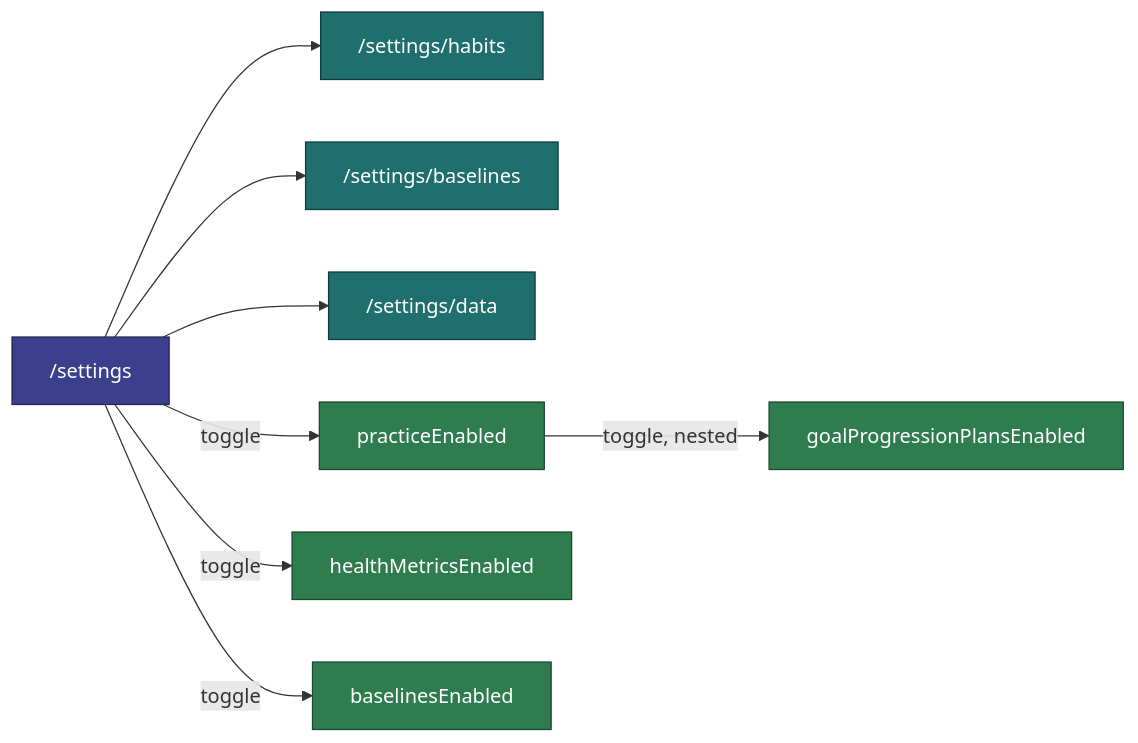
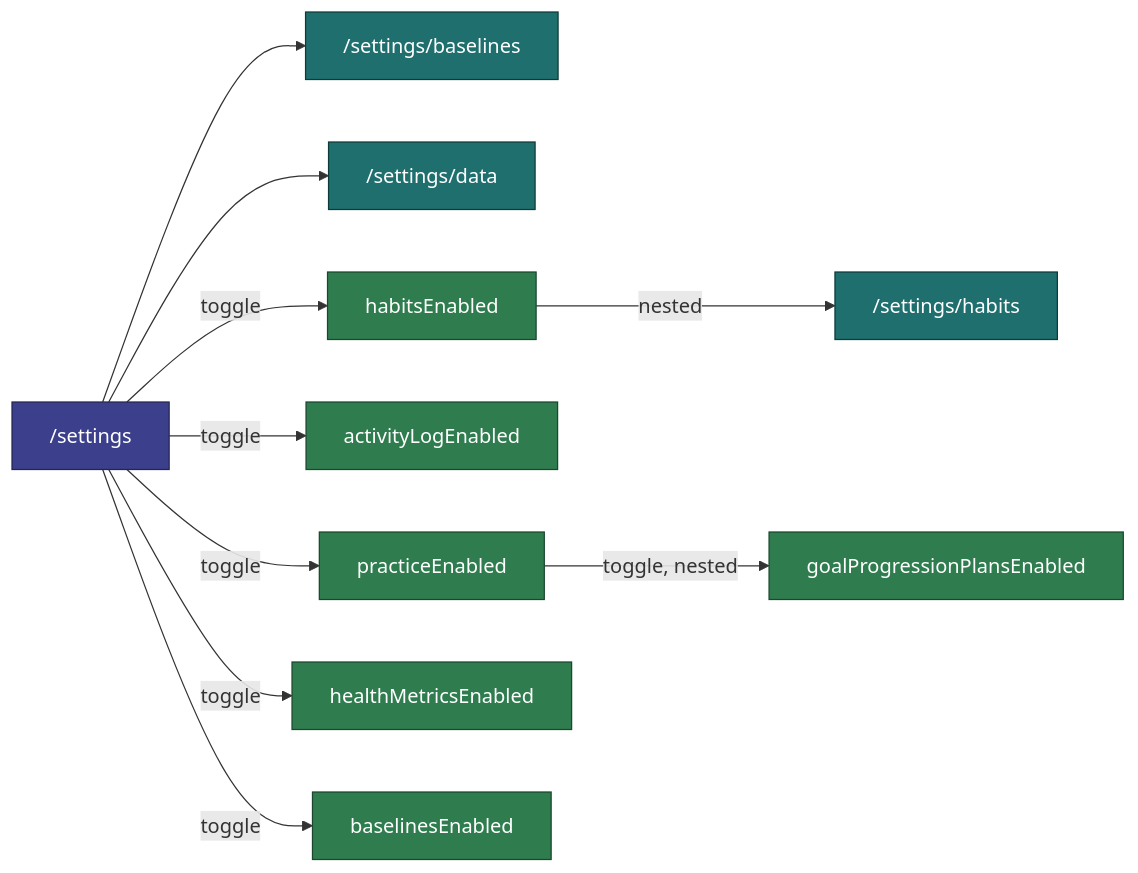
The first of 2 diagrams in docs/requirements/settings-preferences.md (jermbo/CosmicWorkOut), drawn with Mermaid before and after one commit. The commit also changed other lines of this file and 18 other files, not shown here.

First line of the commit message:
Implement opt-in feature flags for Habits and Activity Log

````diff
--- a/docs/requirements/settings-preferences.md
+++ b/docs/requirements/settings-preferences.md
@@ -41,18 +41,20 @@
 ```mermaid
 flowchart LR
     Hub["/settings"]
-    Hub --> Hab["/settings/habits"]
     Hub --> Base["/settings/baselines"]
     Hub --> Data["/settings/data"]
+    Hub -->|toggle| Habits[habitsEnabled]
+    Habits -->|nested| Hab["/settings/habits"]
+    Hub -->|toggle| Activity[activityLogEnabled]
     Hub -->|toggle| Practice[practiceEnabled]
     Practice -->|toggle, nested| Lift[goalProgressionPlansEnabled]
     Hub -->|toggle| Health[healthMetricsEnabled]
     Hub -->|toggle| Baselines[baselinesEnabled]
 
     classDef hub fill:#3b3f8c,stroke:#23264f,color:#ffffff;
     classDef route fill:#1f6f6f,stroke:#0f3a3a,color:#ffffff;
     classDef toggle fill:#2f7d4f,stroke:#1a472d,color:#ffffff;
     class Hub hub;
     class Hab,Base,Data route;
-    class Practice,Lift,Health,Baselines toggle;
+    class Habits,Activity,Practice,Lift,Health,Baselines toggle;
 ```
````
